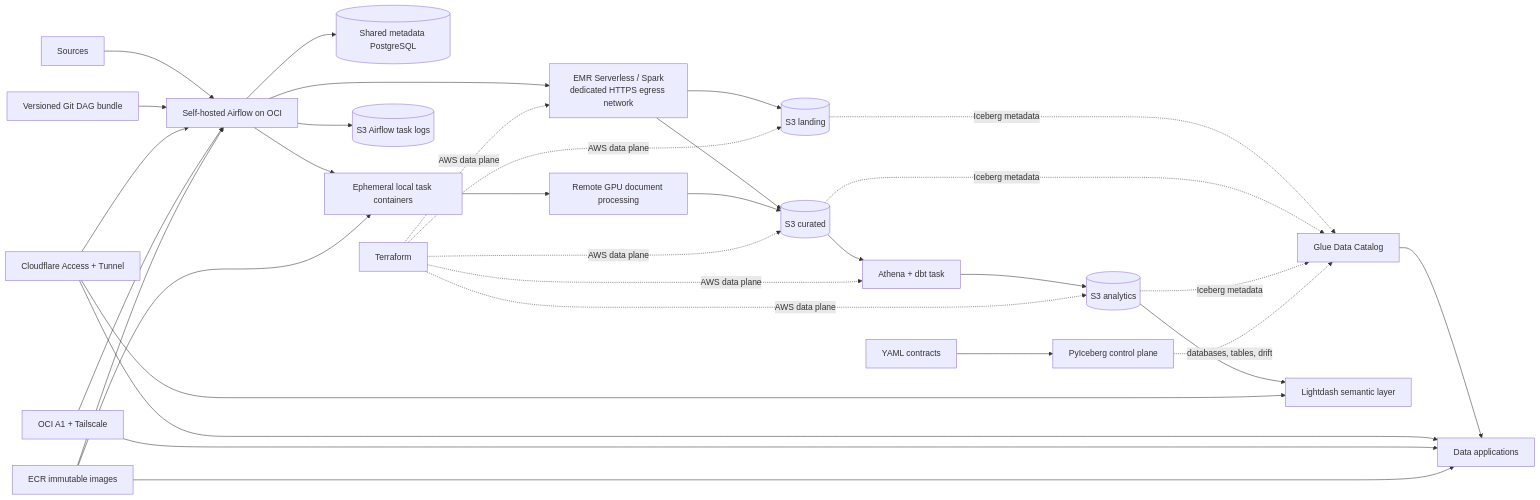
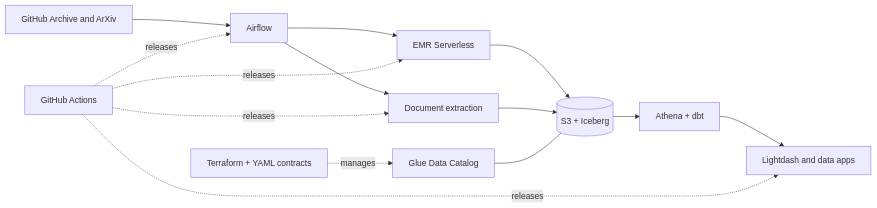
One commit to ToGiaBaoKDL/mini-lakehouse changed the diagram in README.md. Above: the diagram before and after it, drawn with Mermaid. The commit also changed other lines of this file and 1 other file, not shown here.

````diff
--- a/README.md
+++ b/README.md
@@ -7,26 +24,13 @@
 ```mermaid
 flowchart LR
-    S[Sources] --> A[Self-hosted Airflow on OCI]
-    B[Versioned Git DAG bundle] --> A
-    A --> M[(Shared metadata PostgreSQL)]
-    A --> E[EMR Serverless / Spark<br/>dedicated HTTPS egress network]
-    A --> W[Ephemeral local task containers]
-    A --> Z[(S3 Airflow task logs)]
-    W --> R[Remote GPU document processing]
-    E --> L[(S3 landing)]
-    E --> C[(S3 curated)]
-    R --> C
-    L & C -. Iceberg metadata .-> G[Glue Data Catalog]
-    C --> Q[Athena + dbt task]
-    Q --> N[(S3 analytics)]
-    N -. Iceberg metadata .-> G
-    G --> D[Data applications]
-    N --> H[Lightdash semantic layer]
-    F[Cloudflare Access + Tunnel] --> A & D & H
-
-    T[Terraform] -. AWS data plane .-> L & C & N & E & Q
-    O[OCI A1 + Tailscale] --> A & D
-    X[ECR immutable images] --> A & W & D
-    Y[YAML contracts] --> P[PyIceberg control plane]
-    P -. databases, tables, drift .-> G
+    S[GitHub Archive and ArXiv] --> A[Airflow]
+    A --> E[EMR Serverless]
+    A --> O[Document extraction]
+    E --> I[(S3 + Iceberg)]
+    O --> I
+    I --> Q[Athena + dbt]
+    Q --> D[Lightdash and data apps]
+    G[Glue Data Catalog] --- I
+    T[Terraform + YAML contracts] -. manages .-> G
+    C[GitHub Actions] -. releases .-> A & E & O & D
 ```
````
